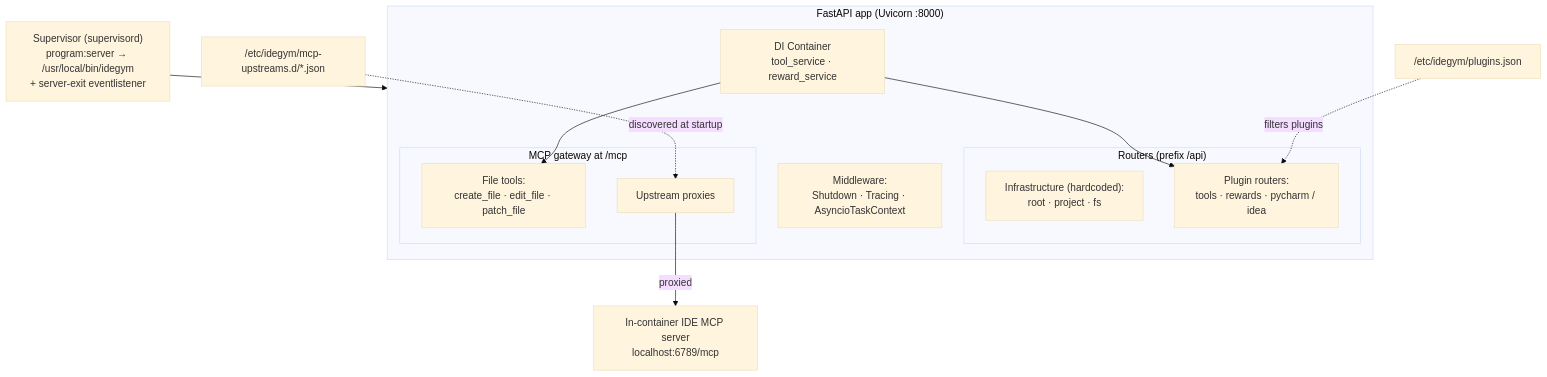
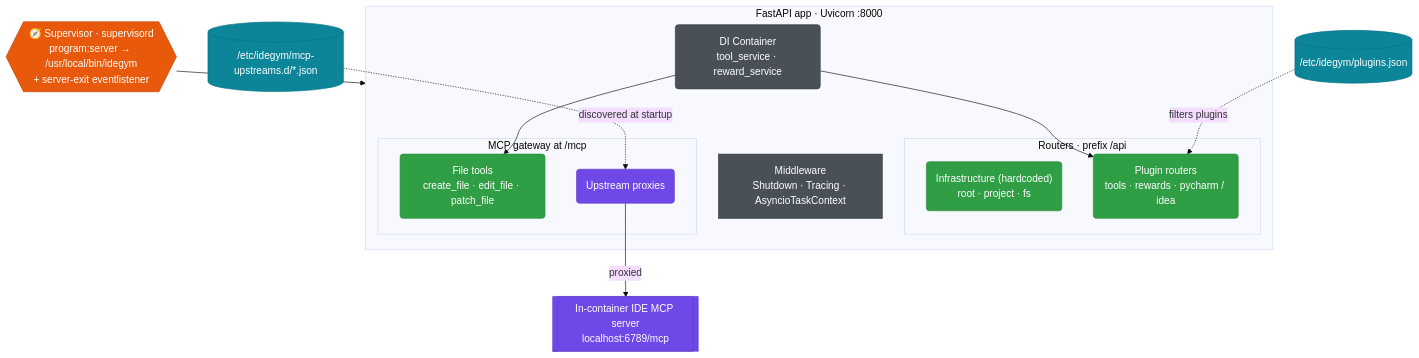
One commit to JetBrains-Research/idegym changed the diagram in website/docs/architecture/server.md. Above: the diagram before and after it, drawn with Mermaid (base theme). The commit also changed 10 other files, not shown here.

First line of the commit message:
[JBRes-9938] restyle diagrams: shapes, colors, aligned labels; no dead-click nodes

````diff
--- a/website/docs/architecture/server.md
+++ b/website/docs/architecture/server.md
@@ -14,35 +14,41 @@
 ```mermaid
 flowchart TB
-    sup["Supervisor (supervisord)<br/>program:server → /usr/local/bin/idegym<br/>+ server-exit eventlistener"]
+    sup{{"🧭 Supervisor · supervisord<br/>program:server → /usr/local/bin/idegym<br/>+ server-exit eventlistener"}}:::ctrl
 
-    subgraph app["FastAPI app (Uvicorn :8000)"]
-        mw["Middleware:<br/>Shutdown · Tracing · AsyncioTaskContext"]
-        di["DI Container<br/>tool_service · reward_service"]
-        subgraph routers["Routers (prefix /api)"]
-            infra["Infrastructure (hardcoded):<br/>root · project · fs"]
-            plug["Plugin routers:<br/>tools · rewards · pycharm / idea"]
+    subgraph app["FastAPI app · Uvicorn :8000"]
+        mw["Middleware<br/>Shutdown · Tracing · AsyncioTaskContext"]:::infra
+        di("DI Container<br/>tool_service · reward_service"):::infra
+        subgraph routers["Routers · prefix /api"]
+            rinfra("Infrastructure (hardcoded)<br/>root · project · fs"):::tool
+            plug("Plugin routers<br/>tools · rewards · pycharm / idea"):::tool
         end
         subgraph mcp["MCP gateway at /mcp"]
-            ftools["File tools:<br/>create_file · edit_file · patch_file"]
-            proxy["Upstream proxies"]
+            ftools("File tools<br/>create_file · edit_file · patch_file"):::tool
+            proxy("Upstream proxies"):::pod
         end
     end
 
-    upstreams["/etc/idegym/mcp-upstreams.d/*.json"]
-    pjson["/etc/idegym/plugins.json"]
-    ide["In-container IDE MCP server<br/>localhost:6789/mcp"]
+    upstreams[("/etc/idegym/mcp-upstreams.d/*.json")]:::store
+    pjson[("/etc/idegym/plugins.json")]:::store
+    ide[["In-container IDE MCP server<br/>localhost:6789/mcp"]]:::pod
 
     sup --> app
     pjson -.->|"filters plugins"| plug
     di --> plug
     di --> ftools
     upstreams -.->|"discovered at startup"| proxy
     proxy -->|"proxied"| ide
 
     click sup "https://github.com/JetBrains-Research/idegym/blob/main/supervisord.conf" "supervisord.conf"
-    click app "https://github.com/JetBrains-Research/idegym/blob/main/server/main.py" "server/main.py"
+    click rinfra "https://github.com/JetBrains-Research/idegym/blob/main/server/main.py" "server/main.py — app assembly"
     click plug "https://github.com/JetBrains-Research/idegym/blob/main/plugins/defaults/src/idegym/plugins/defaults/server.py" "default server plugins"
-    click mcp "https://github.com/JetBrains-Research/idegym/blob/main/server/mcp_proxy.py" "MCP gateway source"
+    click ftools "https://github.com/JetBrains-Research/idegym/blob/main/server/mcp_proxy.py" "MCP gateway source"
     click proxy "https://github.com/JetBrains-Research/idegym/blob/main/server/mcp_proxy.py" "MCP gateway source"
     click di "https://github.com/JetBrains-Research/idegym/blob/main/server/dependencies.py" "DI container source"
+
+    classDef ctrl fill:#e8590c,stroke:#c04405,color:#fff;
+    classDef infra fill:#495057,stroke:#343a40,color:#fff;
+    classDef tool fill:#2f9e44,stroke:#2b8a3e,color:#fff;
+    classDef pod fill:#7048e8,stroke:#5f3dc4,color:#fff;
+    classDef store fill:#0c8599,stroke:#0b7285,color:#fff;
 ```
````
